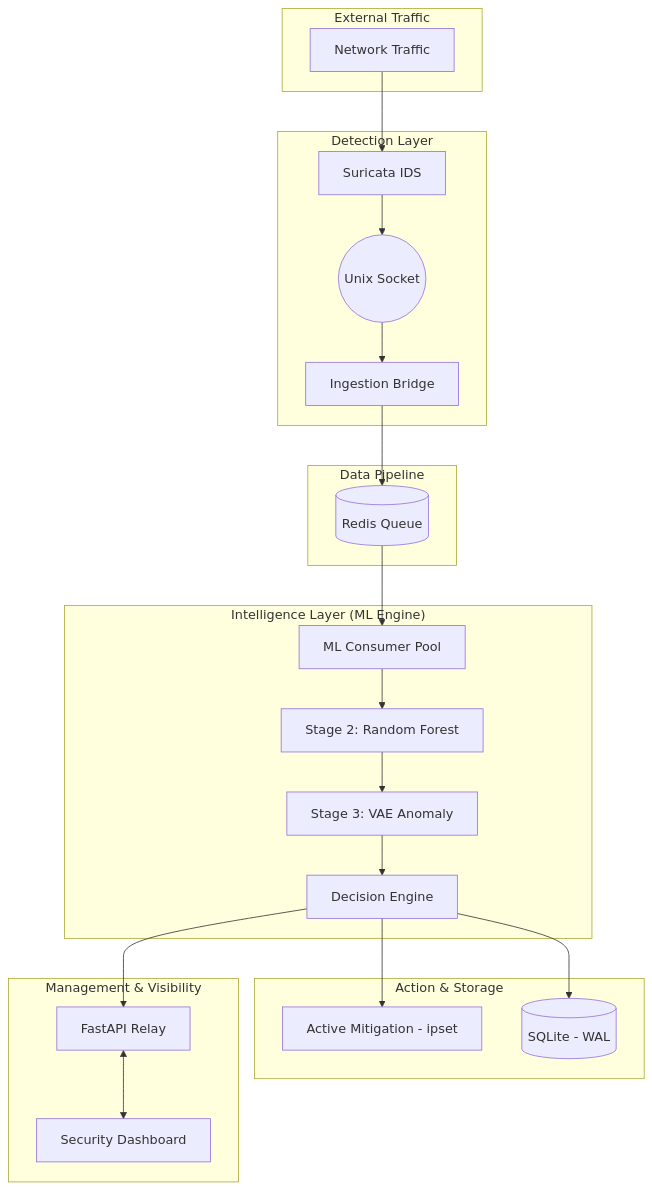
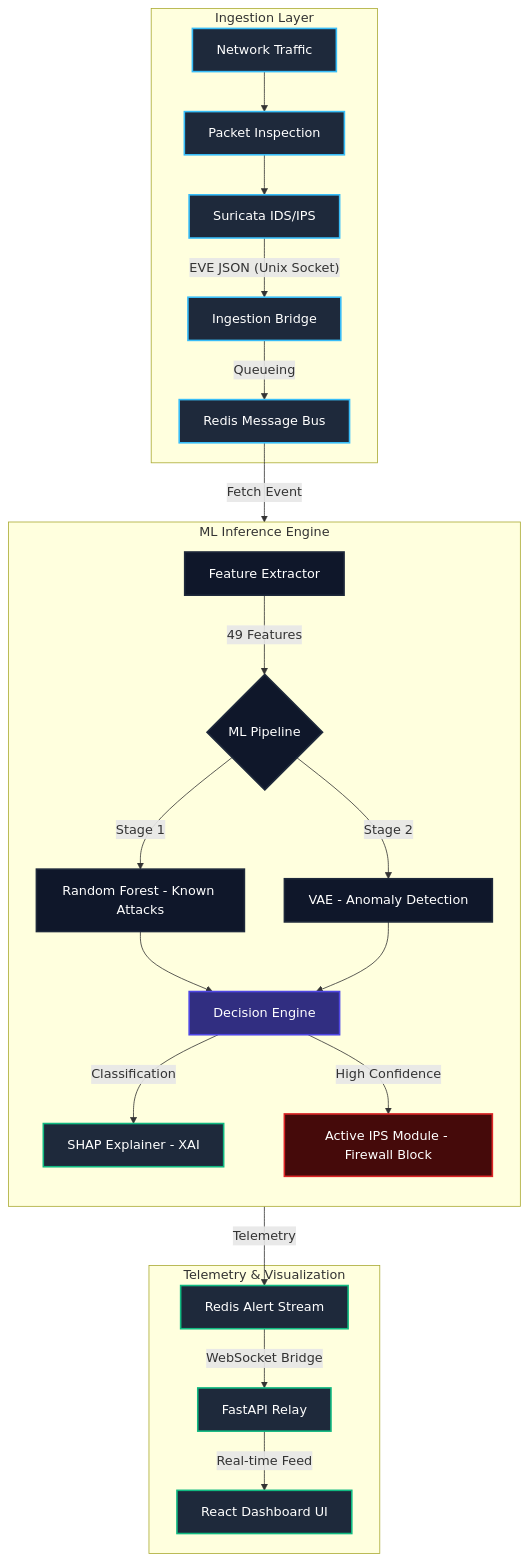
One commit to Priyadarshini-L-215/Hybrid-IDS-SDN changed the diagram in project_architecture.md. Above: the diagram before and after it, drawn with Mermaid. The commit also changed other lines of this file and 41 other files, not shown here.

First line of the commit message:
feat: add VAE ONNX export script and enhance database alert writing

````diff
--- a/project_architecture.md
+++ b/project_architecture.md
@@ -17,46 +9,44 @@
 ```mermaid
 graph TD
-    subgraph "External Traffic"
-        Traffic[Network Traffic]
+    subgraph Ingestion_Layer [Ingestion Layer]
+        NT[Network Traffic] --> PI[Packet Inspection]
+        PI --> SIDS[Suricata IDS/IPS]
+        SIDS -- "EVE JSON (Unix Socket)" --> IB[Ingestion Bridge]
+        IB -- "Queueing" --> RM[Redis Message Bus]
     end
 
-    subgraph "Detection Layer"
-        Suricata[Suricata IDS]
-        Socket((Unix Socket))
-        Bridge[Ingestion Bridge]
+    subgraph ML_Inference_Engine [ML Inference Engine]
+        direction TB
+        RM -- "Fetch Event" --> FE[Feature Extractor]
+        FE -- "49 Features" --> MLP{ML Pipeline}
+        
+        MLP -- "Stage 1" --> RF[Random Forest - Known Attacks]
+        MLP -- "Stage 2" --> VAE[VAE - Anomaly Detection]
+        
+        RF --> DE[Decision Engine]
+        VAE --> DE
+        
+        DE -- "Classification" --> SHAP[SHAP Explainer - XAI]
+        DE -- "High Confidence" --> IPS[Active IPS Module - Firewall Block]
     end
 
-    subgraph "Data Pipeline"
-        Redis[(Redis Queue)]
+    subgraph Telemetry_Visualization [Telemetry & Visualization]
+        DE -- "Telemetry" --> RAS[Redis Alert Stream]
+        RAS -- "WebSocket Bridge" --> FR[FastAPI Relay]
+        FR -- "Real-time Feed" --> RD[React Dashboard UI]
     end
 
-    subgraph "Intelligence Layer (ML Engine)"
-        Consumer[ML Consumer Pool]
-        RF[Stage 2: Random Forest]
-        VAE[Stage 3: VAE Anomaly]
-        Decision[Decision Engine]
-    end
+    %% Styling
+    classDef ingestion fill:#1e293b,stroke:#38bdf8,stroke-width:2px,color:#fff
+    classDef engine fill:#0f172a,stroke:#1e293b,stroke-width:2px,color:#fff
+    classDef visual fill:#1e293b,stroke:#10b981,stroke-width:2px,color:#fff
+    classDef decision fill:#312e81,stroke:#4f46e5,stroke-width:2px,color:#fff
+    classDef critical fill:#450a0a,stroke:#dc2626,stroke-width:2px,color:#fff
 
-    subgraph "Action & Storage"
-        Mitigation[Active Mitigation - ipset]
-        DB[(SQLite - WAL)]
-    end
-
-    subgraph "Management & Visibility"
-        Relay[FastAPI Relay]
-        UI[Security Dashboard]
-    end
-
-    Traffic --> Suricata
-    Suricata --> Socket
-    Socket --> Bridge
-    Bridge --> Redis
-    Redis --> Consumer
-    Consumer --> RF
-    RF --> VAE
-    VAE --> Decision
-    Decision --> Mitigation
-    Decision --> DB
-    Decision --> Relay
-    Relay <--> UI
+    class NT,PI,SIDS,IB,RM ingestion
+    class FE,MLP,RF,VAE engine
+    class SHAP visual
+    class DE decision
+    class IPS critical
+    class RAS,FR,RD visual
 ```
````
